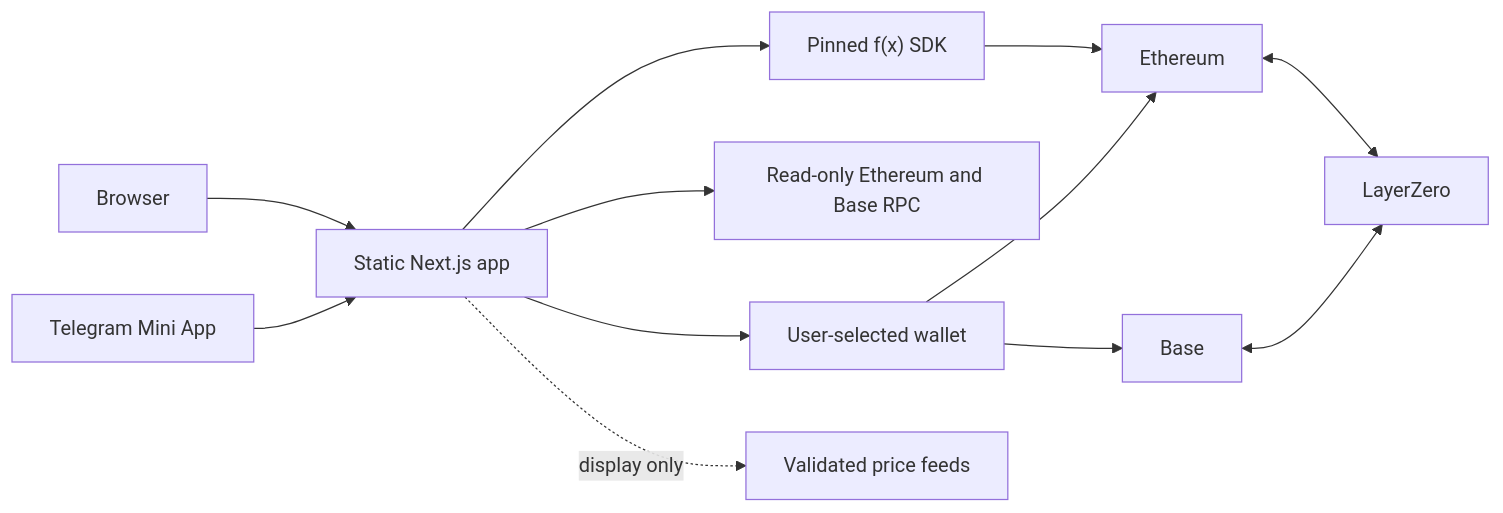
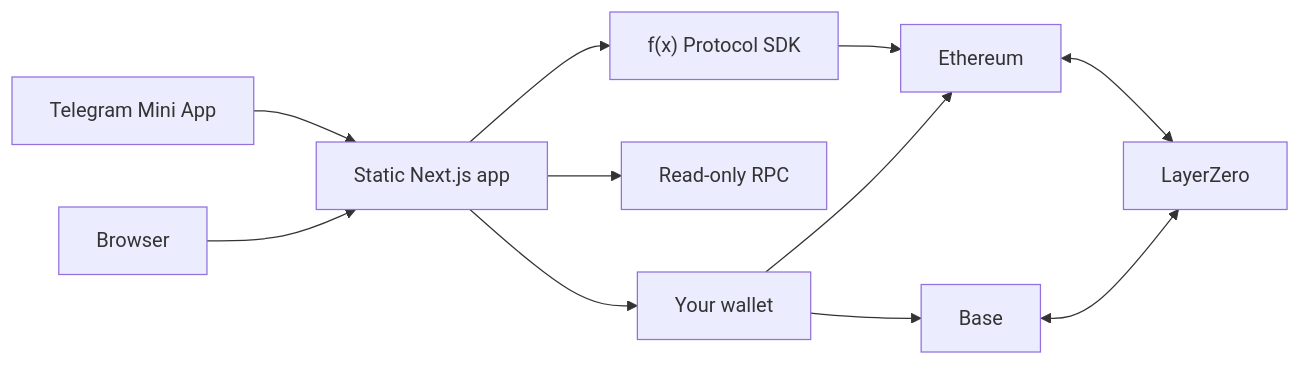
Before and after one commit to 0xNaeemHassan/FxAeon: the diagram in README.md, drawn with Mermaid. The commit also changed other lines of this file and 5 other files, not shown here.

````diff
--- a/README.md
+++ b/README.md
@@ -60,14 +96,13 @@
 ```mermaid
 flowchart LR
-    WEB[Browser] --> APP[Static Next.js app]
-    TG[Telegram Mini App] --> APP
-    APP --> SDK["Pinned f(x) SDK"]
-    APP --> RPC[Read-only Ethereum and Base RPC]
-    APP --> WALLET[User-selected wallet]
+    TG[Telegram Mini App] --> APP[Static Next.js app]
+    WEB[Browser] --> APP
+    APP --> SDK["f(x) Protocol SDK"]
+    APP --> RPC[Read-only RPC]
+    APP --> WALLET[Your wallet]
     SDK --> ETH[Ethereum]
     WALLET --> ETH
     WALLET --> BASE[Base]
     ETH <--> LZ[LayerZero]
     BASE <--> LZ
-    APP -. display only .-> PRICES[Validated price feeds]
 ```
````
